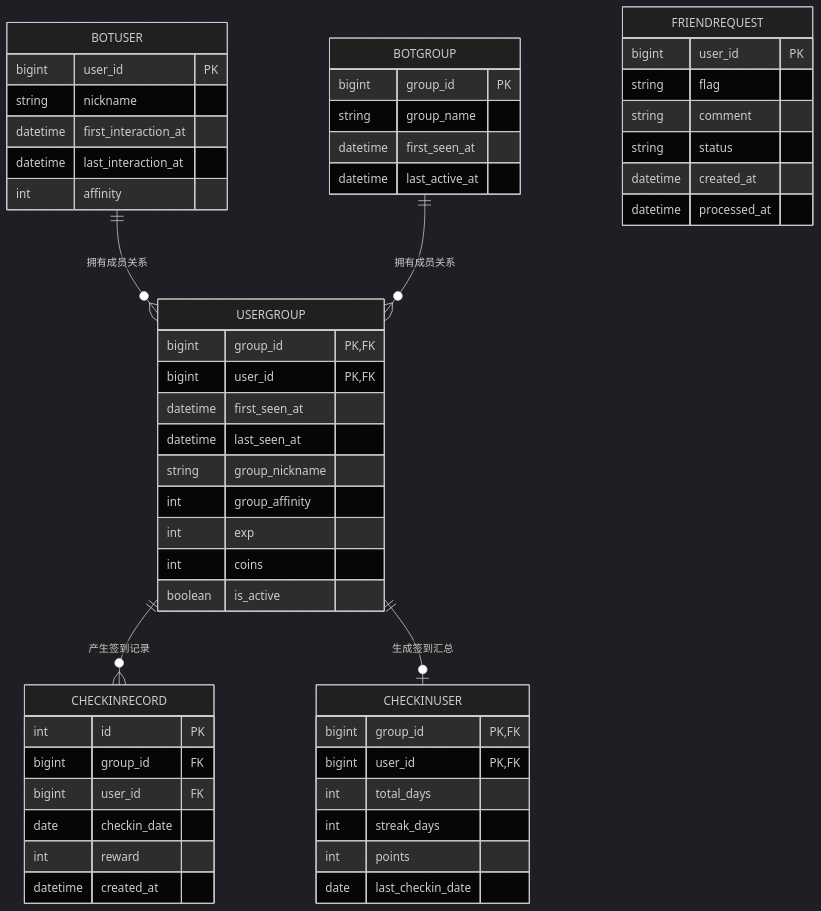
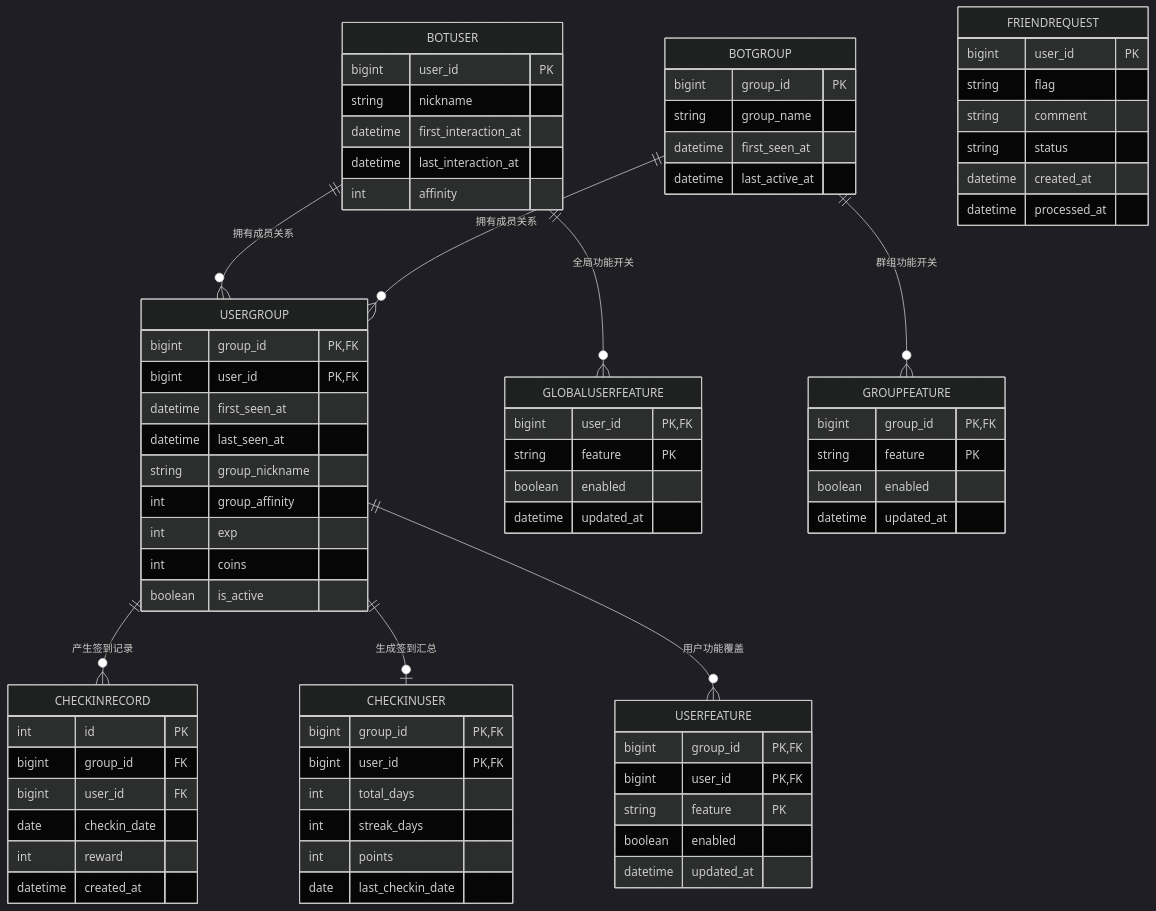
One commit to Wohaokunr/yawn_bot changed the second of 8 diagrams in .qoder/repowiki/zh/content/数据模型设计.md. Above: the diagram before and after it, drawn with Mermaid (dark theme). The commit also changed other lines of this file and 10 other files, not shown here.

````diff
--- a/.qoder/repowiki/zh/content/数据模型设计.md
+++ b/.qoder/repowiki/zh/content/数据模型设计.md
@@ -100,55 +132,77 @@
 ```mermaid
 erDiagram
 BOTUSER {
 bigint user_id PK
 string nickname
 datetime first_interaction_at
 datetime last_interaction_at
 int affinity
 }
 BOTGROUP {
 bigint group_id PK
 string group_name
 datetime first_seen_at
 datetime last_active_at
 }
 USERGROUP {
 bigint group_id PK,FK
 bigint user_id PK,FK
 datetime first_seen_at
 datetime last_seen_at
 string group_nickname
 int group_affinity
 int exp
 int coins
 boolean is_active
 }
 CHECKINRECORD {
 int id PK
 bigint group_id FK
 bigint user_id FK
 date checkin_date
 int reward
 datetime created_at
 }
 CHECKINUSER {
 bigint group_id PK,FK
 bigint user_id PK,FK
 int total_days
 int streak_days
 int points
 date last_checkin_date
 }
 FRIENDREQUEST {
 bigint user_id PK
 string flag
 string comment
 string status
 datetime created_at
 datetime processed_at
 }
+GLOBALUSERFEATURE {
+bigint user_id PK,FK
+string feature PK
+boolean enabled
+datetime updated_at
+}
+GROUPFEATURE {
+bigint group_id PK,FK
+string feature PK
+boolean enabled
+datetime updated_at
+}
+USERFEATURE {
+bigint group_id PK,FK
+bigint user_id PK,FK
+string feature PK
+boolean enabled
+datetime updated_at
+}
 BOTUSER ||--o{ USERGROUP : "拥有成员关系"
 BOTGROUP ||--o{ USERGROUP : "拥有成员关系"
 USERGROUP ||--o{ CHECKINRECORD : "产生签到记录"
 USERGROUP ||--o| CHECKINUSER : "生成签到汇总"
+BOTUSER ||--o{ GLOBALUSERFEATURE : "全局功能开关"
+BOTGROUP ||--o{ GROUPFEATURE : "群组功能开关"
+USERGROUP ||--o{ USERFEATURE : "用户功能覆盖"
 ```
````
